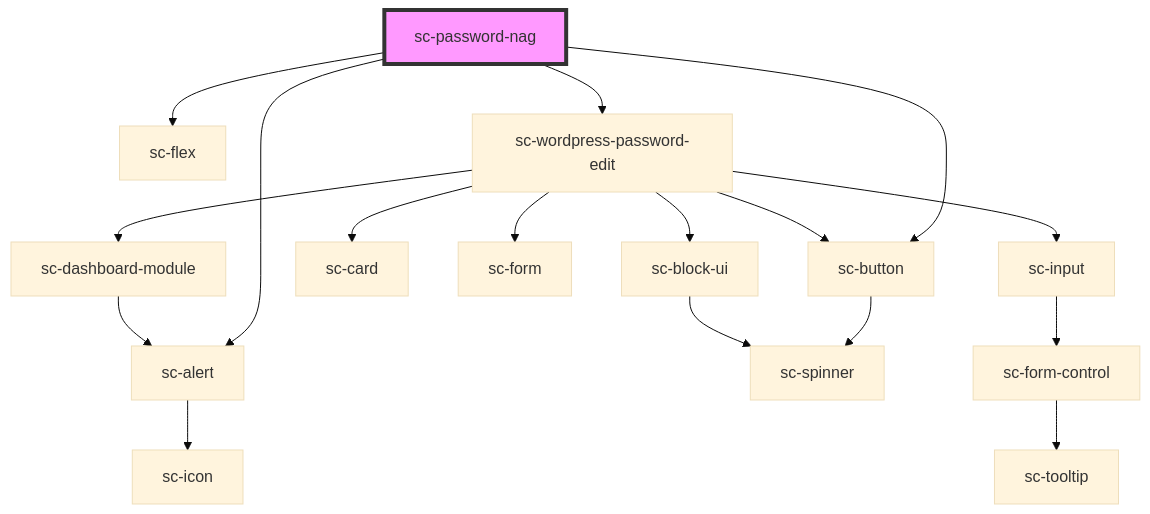
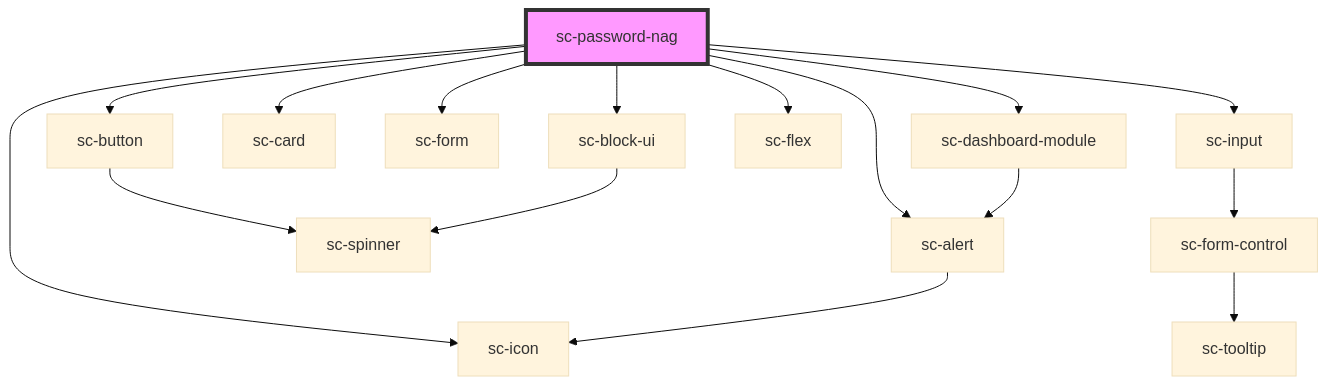
One commit to surecart/surecart-wp-plugin changed the diagram in packages/components/src/components/controllers/dashboard/sc-password-nag/readme.md. Above: the diagram before and after it, drawn with Mermaid (base theme). The commit also changed other lines of this file and 12 other files, not shown here.

````diff
--- a/packages/components/src/components/controllers/dashboard/sc-password-nag/readme.md
+++ b/packages/components/src/components/controllers/dashboard/sc-password-nag/readme.md
@@ -26,20 +32,19 @@
 ```mermaid
 graph TD;
   sc-password-nag --> sc-alert
+  sc-password-nag --> sc-dashboard-module
+  sc-password-nag --> sc-button
+  sc-password-nag --> sc-icon
+  sc-password-nag --> sc-card
+  sc-password-nag --> sc-form
+  sc-password-nag --> sc-input
   sc-password-nag --> sc-flex
-  sc-password-nag --> sc-button
-  sc-password-nag --> sc-wordpress-password-edit
+  sc-password-nag --> sc-block-ui
   sc-alert --> sc-icon
+  sc-dashboard-module --> sc-alert
   sc-button --> sc-spinner
-  sc-wordpress-password-edit --> sc-dashboard-module
-  sc-wordpress-password-edit --> sc-card
-  sc-wordpress-password-edit --> sc-form
-  sc-wordpress-password-edit --> sc-input
-  sc-wordpress-password-edit --> sc-button
-  sc-wordpress-password-edit --> sc-block-ui
-  sc-dashboard-module --> sc-alert
   sc-input --> sc-form-control
   sc-form-control --> sc-tooltip
   sc-block-ui --> sc-spinner
   style sc-password-nag fill:#f9f,stroke:#333,stroke-width:4px
 ```
````
